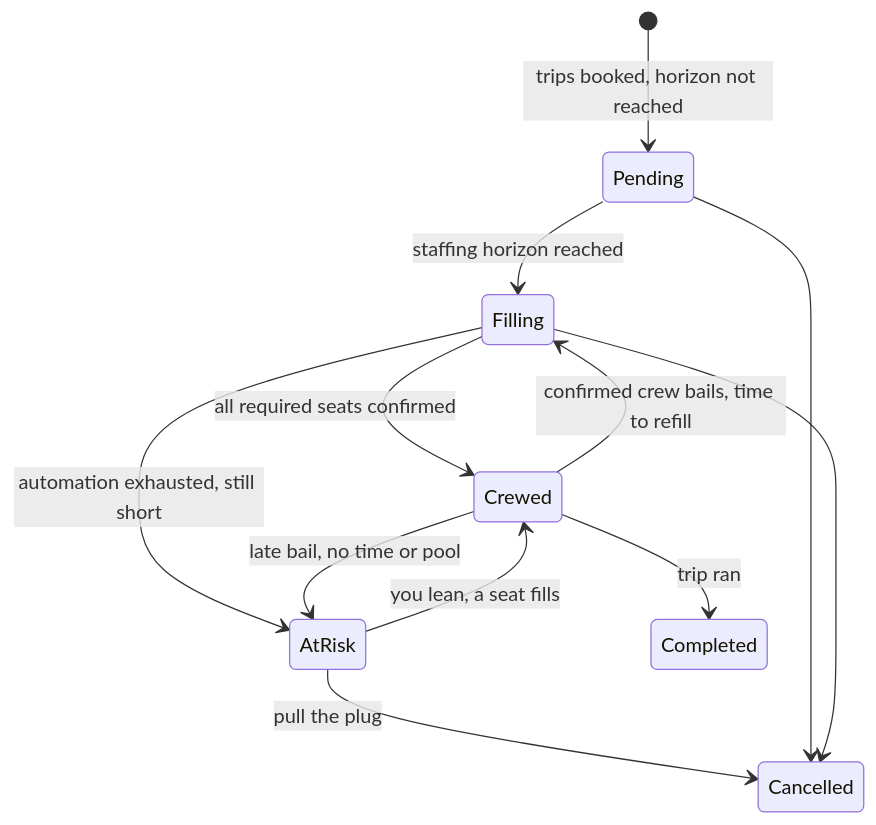
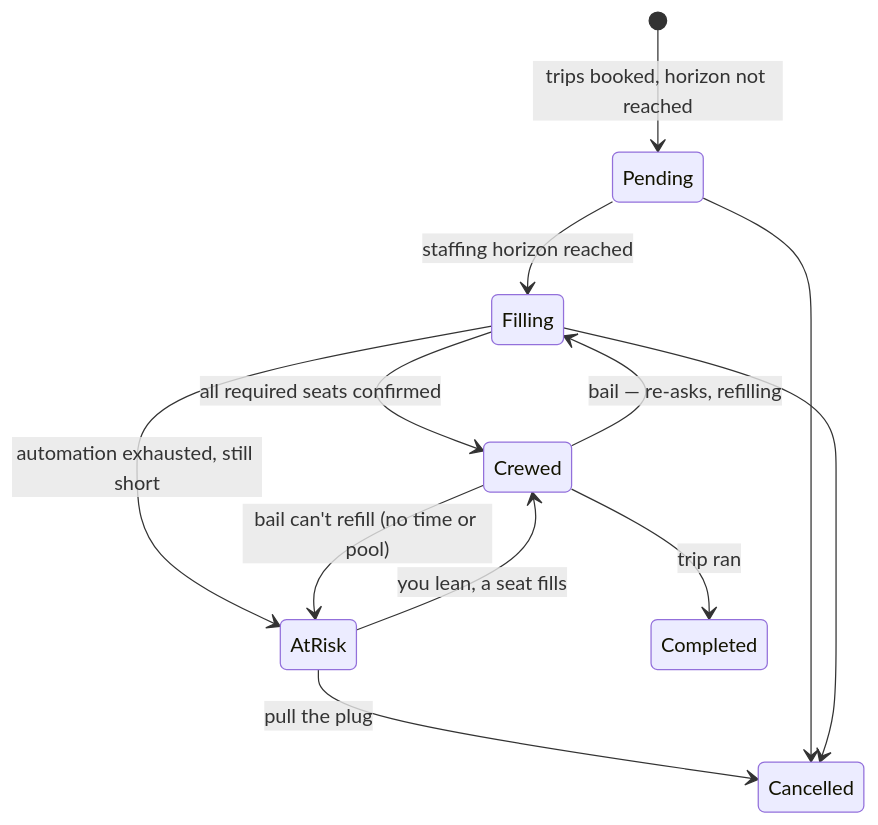
Before and after one commit to mobiustripper42/muster: the second of 3 diagrams in docs/OPERATOR_MANUAL.md, drawn with Mermaid. The commit also changed other lines of this file and 4 other files, not shown here.

First line of the commit message:
OM + crew docs: go-time voice — retire the Outbox, kill "locked", fix the bail model

````diff
--- a/docs/OPERATOR_MANUAL.md
+++ b/docs/OPERATOR_MANUAL.md
@@ -316,14 +304,14 @@
 ```mermaid
 stateDiagram-v2
   [*] --> Pending: trips booked, horizon not reached
   Pending --> Filling: staffing horizon reached
   Filling --> Crewed: all required seats confirmed
   Filling --> AtRisk: automation exhausted, still short
-  Crewed --> Filling: confirmed crew bails, time to refill
-  Crewed --> AtRisk: late bail, no time or pool
+  Crewed --> Filling: bail — re-asks, refilling
+  Crewed --> AtRisk: bail can't refill (no time or pool)
   AtRisk --> Crewed: you lean, a seat fills
   AtRisk --> Cancelled: pull the plug
   Crewed --> Completed: trip ran
   Pending --> Cancelled
   Filling --> Cancelled
 ```
````
